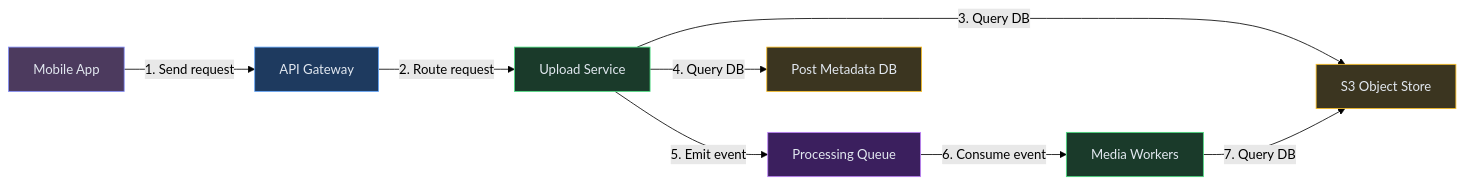
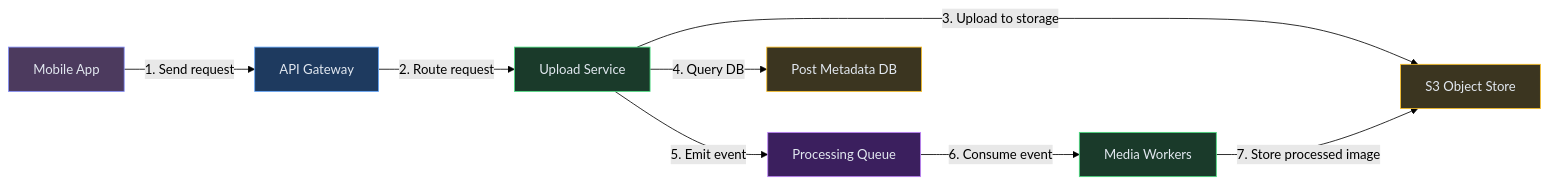
One commit to iluzn/HLD-Designs changed the second of 9 diagrams in content/hld/Instagram.md. Above: the diagram before and after it, drawn with Mermaid (forest theme). The commit also changed other lines of this file and 1 other file, not shown here.

Commit message:
fix(hld): Fix mislabeled S3 arrows — 'Query DB' → proper storage labels
GoogleDocs: 'Query DB' on S3 arrows → 'Store snapshot' / 'Fetch snapshot'
Instagram: 'Query DB' on S3 arrows → 'Upload media' / 'Store processed media'

S3 is object storage, not a database — arrows should say store/fetch/upload.

````diff
--- a/content/hld/Instagram.md
+++ b/content/hld/Instagram.md
@@ -188,24 +188,24 @@
 ```mermaid
 flowchart LR
     App["Mobile App"]:::client
     GW["API Gateway"]:::edge
     US["Upload Service"]:::service
     S3["S3 Object Store"]:::data
     Q["Processing Queue"]:::async
     MW["Media Workers"]:::service
     DB["Post Metadata DB"]:::data
 
     App -->|"1. Send request"| GW
     GW -->|"2. Route request"| US
-    US -->|"3. Query DB"| S3
+    US -->|"3. Upload to storage"| S3
     US -->|"4. Query DB"| DB
     US -->|"5. Emit event"| Q
     Q -->|"6. Consume event"| MW
-    MW -->|"7. Query DB"| S3
+    MW -->|"7. Store processed image"| S3
 
     classDef client fill:#4c3a5e,stroke:#818cf8,color:#e2e8f0
     classDef edge fill:#1e3a5f,stroke:#60a5fa,color:#e2e8f0
     classDef service fill:#1a3a2a,stroke:#4ade80,color:#e2e8f0
     classDef async fill:#3b1f5e,stroke:#c084fc,color:#e2e8f0
     classDef data fill:#3b3520,stroke:#fbbf24,color:#e2e8f0
 ```
````
